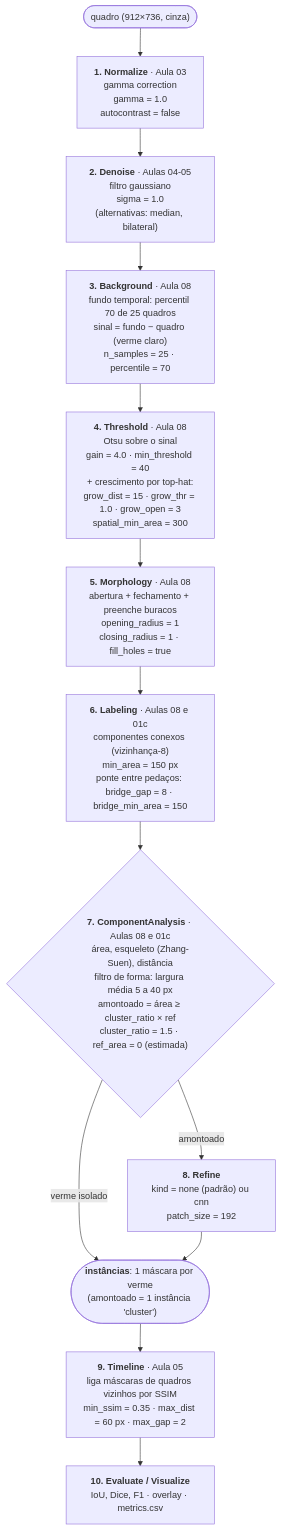
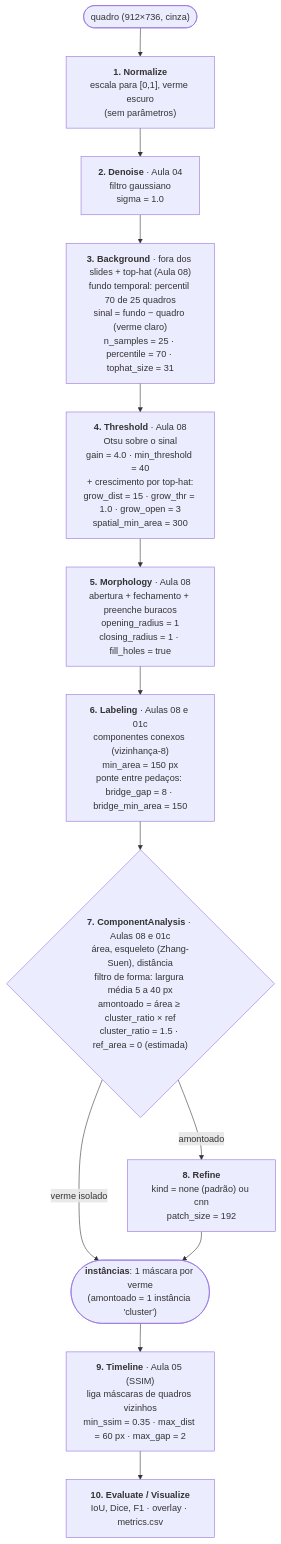
One commit to Nixxye/PDI-C.Elegans changed the diagram in README.md. Above: the diagram before and after it, drawn with Mermaid. The commit also changed other lines of this file and 23 other files, not shown here.

````diff
--- a/README.md
+++ b/README.md
@@ -66,16 +67,16 @@
 ```mermaid
 flowchart TD
     A(["quadro (912×736, cinza)"]) --> B
-    B["<b>1. Normalize</b> · Aula 03<br/>gamma correction<br/>gamma = 1.0<br/>autocontrast = false"]
-    B --> C["<b>2. Denoise</b> · Aulas 04-05<br/>filtro gaussiano<br/>sigma = 1.0<br/>(alternativas: median, bilateral)"]
-    C --> D["<b>3. Background</b> · Aula 08<br/>fundo temporal: percentil 70 de 25 quadros<br/>sinal = fundo − quadro (verme claro)<br/>n_samples = 25 · percentile = 70"]
+    B["<b>1. Normalize</b><br/>escala para [0,1], verme escuro<br/>(sem parâmetros)"]
+    B --> C["<b>2. Denoise</b> · Aula 04<br/>filtro gaussiano<br/>sigma = 1.0"]
+    C --> D["<b>3. Background</b> · fora dos slides + top-hat (Aula 08)<br/>fundo temporal: percentil 70 de 25 quadros<br/>sinal = fundo − quadro (verme claro)<br/>n_samples = 25 · percentile = 70 · tophat_size = 31"]
     D --> E["<b>4. Threshold</b> · Aula 08<br/>Otsu sobre o sinal<br/>gain = 4.0 · min_threshold = 40<br/>+ crescimento por top-hat:<br/>grow_dist = 15 · grow_thr = 1.0 · grow_open = 3<br/>spatial_min_area = 300"]
     E --> F["<b>5. Morphology</b> · Aula 08<br/>abertura + fechamento + preenche buracos<br/>opening_radius = 1<br/>closing_radius = 1 · fill_holes = true"]
     F --> G["<b>6. Labeling</b> · Aulas 08 e 01c<br/>componentes conexos (vizinhança-8)<br/>min_area = 150 px<br/>ponte entre pedaços: bridge_gap = 8 · bridge_min_area = 150"]
     G --> H{"<b>7. ComponentAnalysis</b> · Aulas 08 e 01c<br/>área, esqueleto (Zhang-Suen), distância<br/>filtro de forma: largura média 5 a 40 px<br/>amontoado = área ≥ cluster_ratio × ref<br/>cluster_ratio = 1.5 · ref_area = 0 (estimada)"}
     H -- "verme isolado" --> O
     H -- "amontoado" --> R["<b>8. Refine</b><br/>kind = none (padrão) ou cnn<br/>patch_size = 192"]
     R --> O(["<b>instâncias</b>: 1 máscara por verme<br/>(amontoado = 1 instância 'cluster')"])
-    O --> T["<b>9. Timeline</b> · Aula 05<br/>liga máscaras de quadros vizinhos por SSIM<br/>min_ssim = 0.35 · max_dist = 60 px · max_gap = 2"]
+    O --> T["<b>9. Timeline</b> · Aula 05 (SSIM)<br/>liga máscaras de quadros vizinhos<br/>min_ssim = 0.35 · max_dist = 60 px · max_gap = 2"]
     T --> S["<b>10. Evaluate / Visualize</b><br/>IoU, Dice, F1 · overlay · metrics.csv"]
 ```
````
